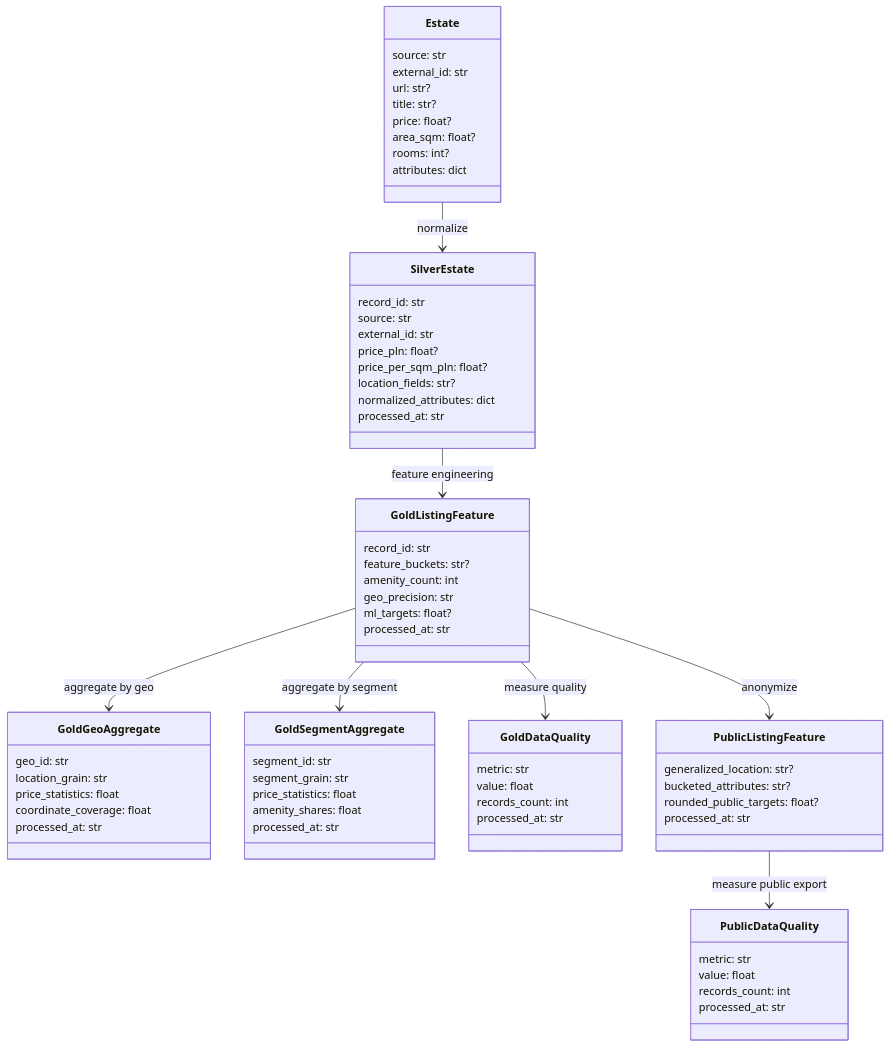
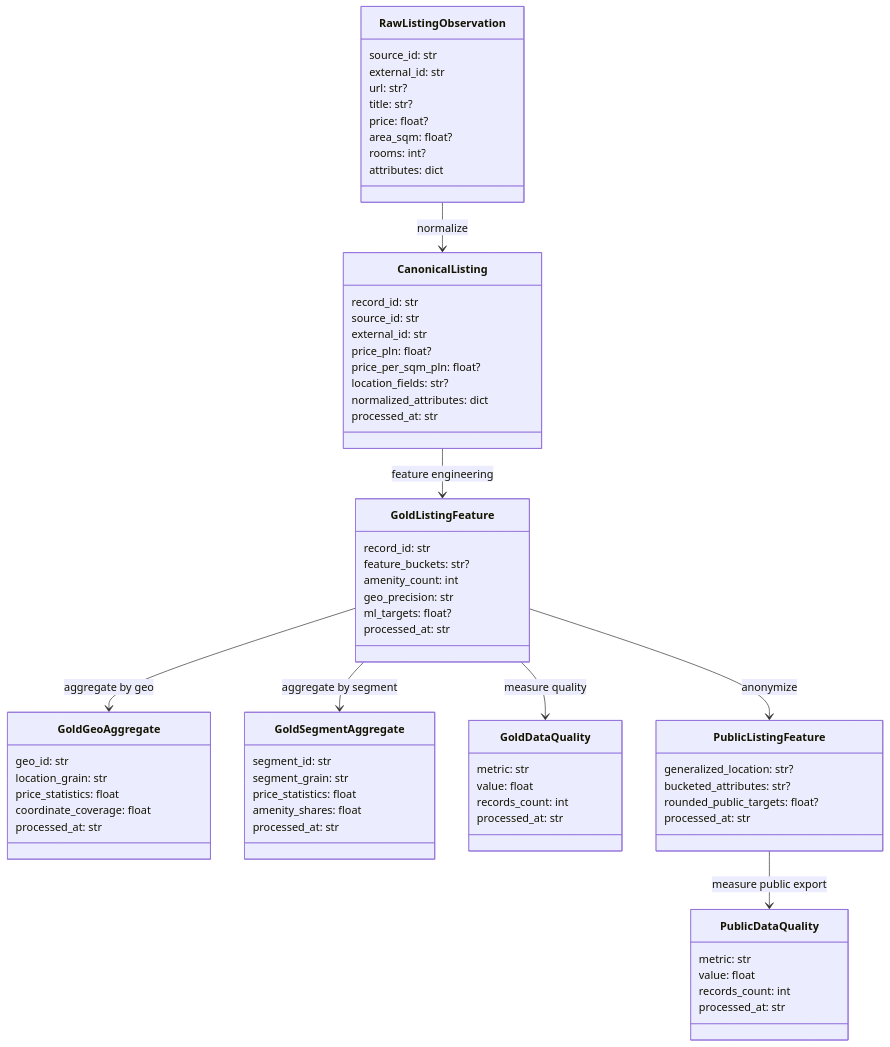
Before and after one commit to bi3lu/polish-real-estate-price-aggregates: the diagram in docs/data-model-overview.md, drawn with Mermaid. The commit also changed 29 other files, not shown here.

````diff
--- a/docs/data-model-overview.md
+++ b/docs/data-model-overview.md
@@ -3,78 +3,78 @@
 ```mermaid
 classDiagram
-    class Estate {
-        source: str
+    class RawListingObservation {
+        source_id: str
         external_id: str
         url: str?
         title: str?
         price: float?
         area_sqm: float?
         rooms: int?
         attributes: dict
     }
 
-    class SilverEstate {
+    class CanonicalListing {
         record_id: str
-        source: str
+        source_id: str
         external_id: str
         price_pln: float?
         price_per_sqm_pln: float?
         location_fields: str?
         normalized_attributes: dict
         processed_at: str
     }
 
     class GoldListingFeature {
         record_id: str
         feature_buckets: str?
         amenity_count: int
         geo_precision: str
         ml_targets: float?
         processed_at: str
     }
 
     class GoldGeoAggregate {
         geo_id: str
         location_grain: str
         price_statistics: float
         coordinate_coverage: float
         processed_at: str
     }
 
     class GoldSegmentAggregate {
         segment_id: str
         segment_grain: str
         price_statistics: float
         amenity_shares: float
         processed_at: str
     }
 
     class GoldDataQuality {
         metric: str
         value: float
         records_count: int
         processed_at: str
     }
 
     class PublicListingFeature {
         generalized_location: str?
         bucketed_attributes: str?
         rounded_public_targets: float?
         processed_at: str
     }
 
     class PublicDataQuality {
         metric: str
         value: float
         records_count: int
         processed_at: str
     }
 
-    Estate --> SilverEstate : normalize
-    SilverEstate --> GoldListingFeature : feature engineering
+    RawListingObservation --> CanonicalListing : normalize
+    CanonicalListing --> GoldListingFeature : feature engineering
     GoldListingFeature --> GoldGeoAggregate : aggregate by geo
     GoldListingFeature --> GoldSegmentAggregate : aggregate by segment
     GoldListingFeature --> GoldDataQuality : measure quality
     GoldListingFeature --> PublicListingFeature : anonymize
     PublicListingFeature --> PublicDataQuality : measure public export
 ```
````
